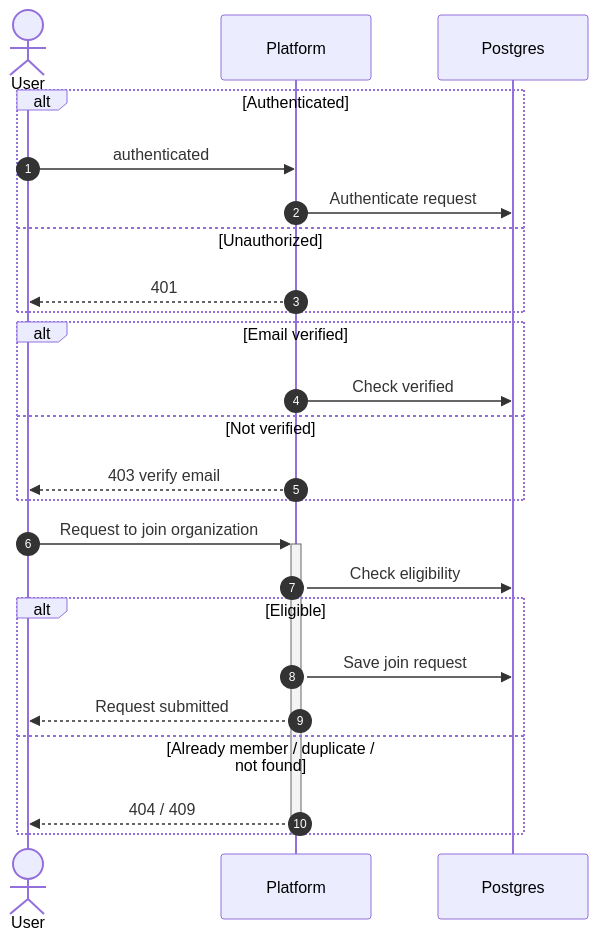
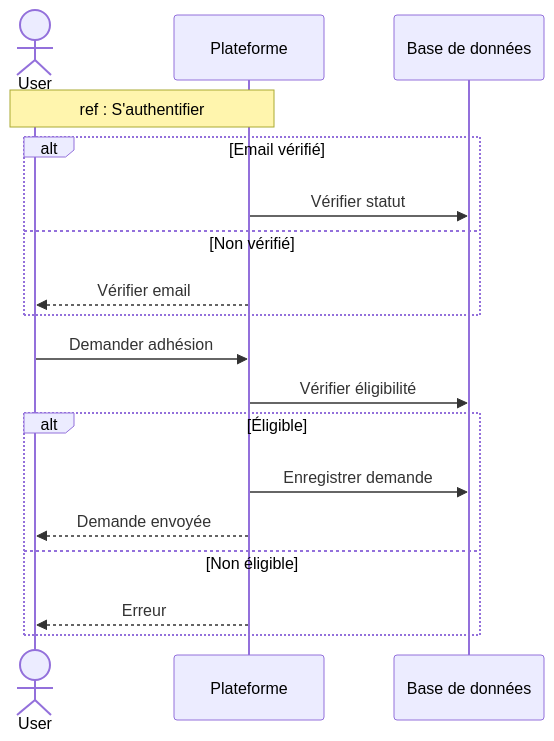
One commit to MohamedChebbi123/teamnest changed the fifth of 16 diagrams in docs/SEQUENCE_DIAGRAMS.md. Above: the diagram before and after it, drawn with Mermaid. The commit also changed other lines of this file, not shown here.

````diff
--- a/docs/SEQUENCE_DIAGRAMS.md
+++ b/docs/SEQUENCE_DIAGRAMS.md
@@ -184,30 +170,23 @@
 ```mermaid
 sequenceDiagram
-    autonumber
     actor User
-    participant API as Platform
-    participant DB as Postgres
+    participant API as Plateforme
+    participant DB as Base de données
 
-    alt Authenticated
-        User->>API: authenticated
-        API->>DB: Authenticate request
-    else Unauthorized
-        API-->>User: 401
+    Note over User,API: ref : S'authentifier
+
+    alt Email vérifié
+        API->>DB: Vérifier statut
+    else Non vérifié
+        API-->>User: Vérifier email
     end
 
-    alt Email verified
-        API->>DB: Check verified
-    else Not verified
-        API-->>User: 403 verify email
+    User->>API: Demander adhésion
+    API->>DB: Vérifier éligibilité
+    alt Éligible
+        API->>DB: Enregistrer demande
+        API-->>User: Demande envoyée
+    else Non éligible
+        API-->>User: Erreur
     end
-
-    User->>+API: Request to join organization
-    API->>DB: Check eligibility
-    alt Eligible
-        API->>DB: Save join request
-        API-->>User: Request submitted
-    else Already member / duplicate / not found
-        API-->>User: 404 / 409
-    end
-    deactivate API
 ```
````
